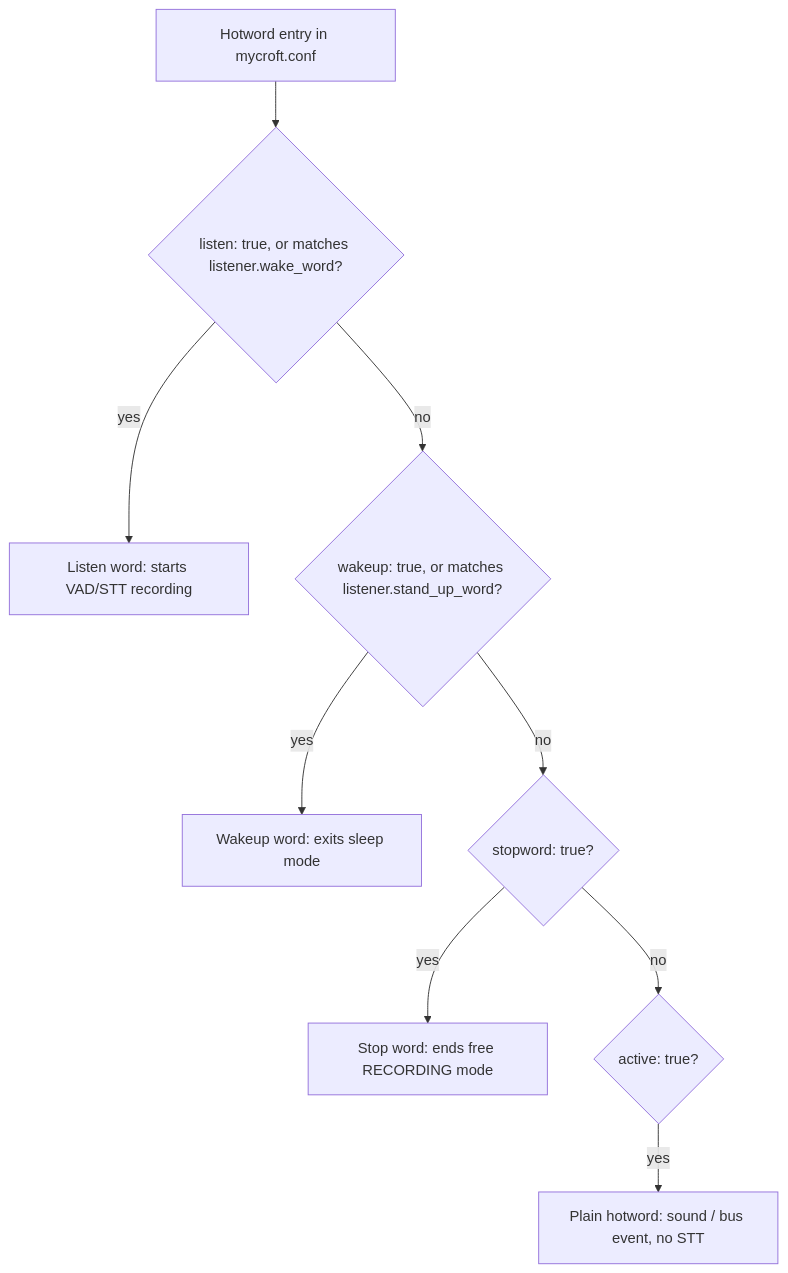
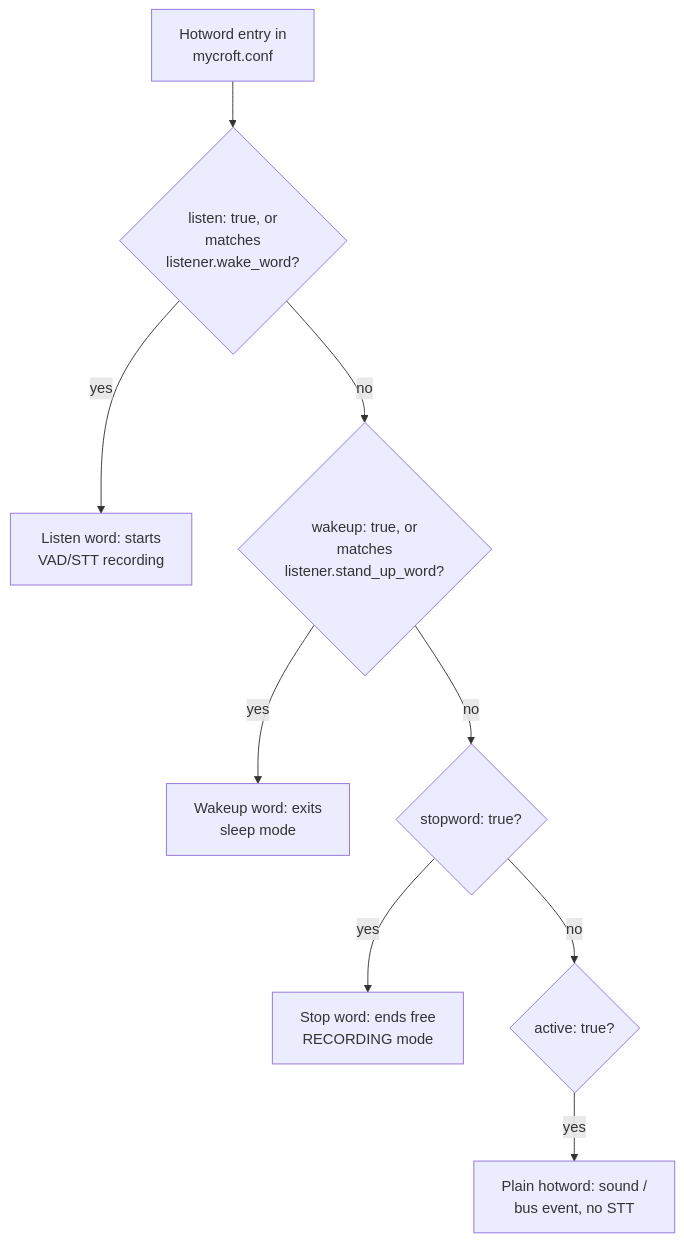
Before and after one commit to OpenVoiceOS/beta-technical-manual: the first of 2 diagrams in docs/wake-word-plugins.md, drawn with Mermaid. The commit also changed other lines of this file and 19 other files, not shown here.

First line of the commit message:
docs: fit diagrams to the content column; arena live URL

````diff
--- a/docs/wake-word-plugins.md
+++ b/docs/wake-word-plugins.md
@@ -99,11 +99,11 @@
 ```mermaid
 flowchart TD
-    A[Hotword entry in mycroft.conf] --> B{"listen: true, or matches listener.wake_word?"}
-    B -->|yes| C["Listen word: starts VAD/STT recording"]
-    B -->|no| D{"wakeup: true, or matches listener.stand_up_word?"}
-    D -->|yes| E["Wakeup word: exits sleep mode"]
+    A["Hotword entry in<br/>mycroft.conf"] --> B{"listen: true, or<br/>matches<br/>listener.wake_word?"}
+    B -->|yes| C["Listen word: starts<br/>VAD/STT recording"]
+    B -->|no| D{"wakeup: true, or<br/>matches<br/>listener.stand_up_word?"}
+    D -->|yes| E["Wakeup word: exits<br/>sleep mode"]
     D -->|no| F{"stopword: true?"}
-    F -->|yes| G["Stop word: ends free RECORDING mode"]
+    F -->|yes| G["Stop word: ends free<br/>RECORDING mode"]
     F -->|no| H{"active: true?"}
-    H -->|yes| I["Plain hotword: sound / bus event, no STT"]
+    H -->|yes| I["Plain hotword: sound /<br/>bus event, no STT"]
 ```
````
